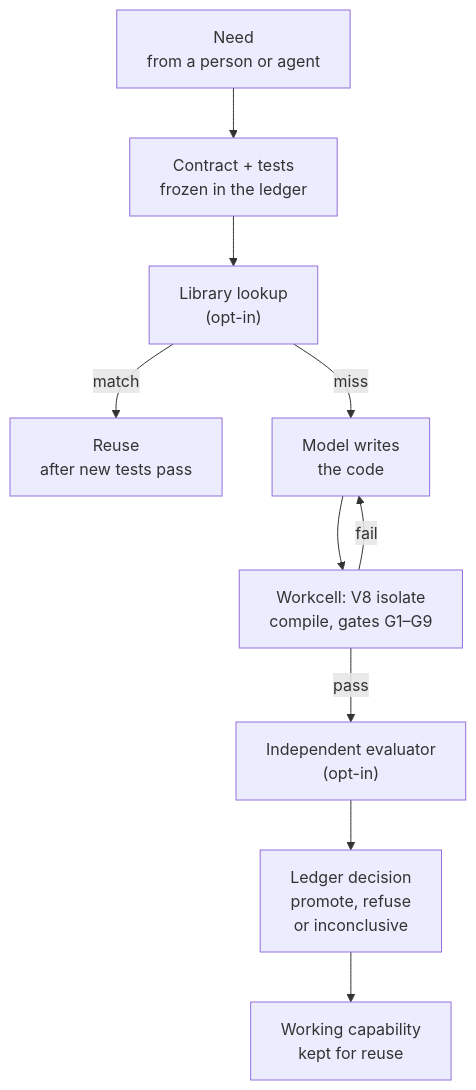
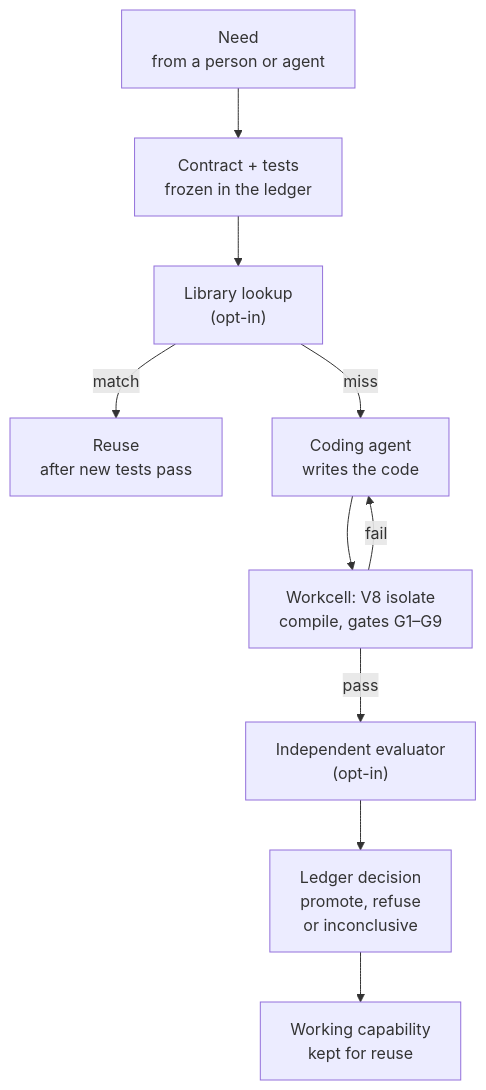
Before and after one commit to Akilleez-QA/endoforge: the diagram in README.md, drawn with Mermaid. The commit also changed other lines of this file and 1 other file, not shown here.

First line of the commit message:
README: EndoForge is where coding agents build software; numeric kernels are test workloads

````diff
--- a/README.md
+++ b/README.md
@@ -41,12 +41,12 @@
 ```mermaid
 flowchart TD
   need["Need<br/>from a person or agent"] --> spec["Contract + tests<br/>frozen in the ledger"]
   spec --> lib["Library lookup<br/>(opt-in)"]
   lib -- "match" --> reuse["Reuse<br/>after new tests pass"]
-  lib -- "miss" --> gen["Model writes<br/>the code"]
+  lib -- "miss" --> gen["Coding agent<br/>writes the code"]
   gen --> cell["Workcell: V8 isolate<br/>compile, gates G1–G9"]
   cell -- "fail" --> gen
   cell -- "pass" --> synth["Independent evaluator<br/>(opt-in)"]
   synth --> ledger["Ledger decision<br/>promote, refuse<br/>or inconclusive"]
   ledger --> cap["Working capability<br/>kept for reuse"]
 ```
````
